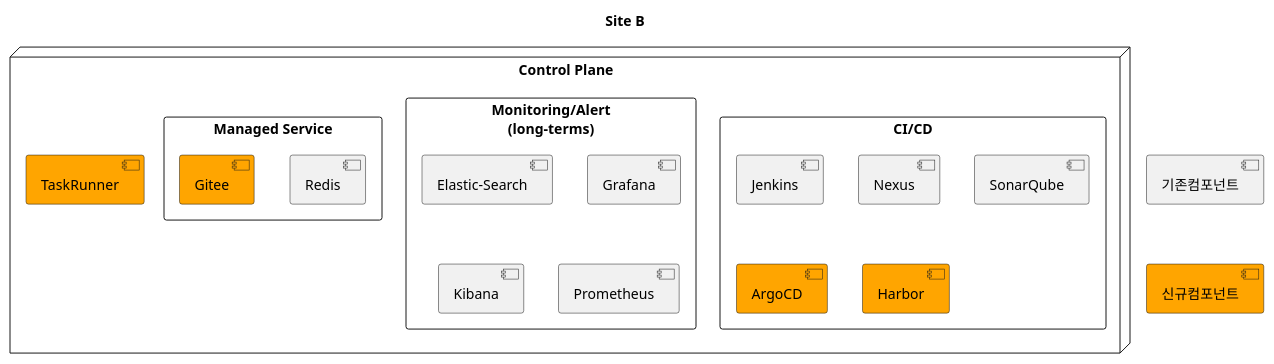
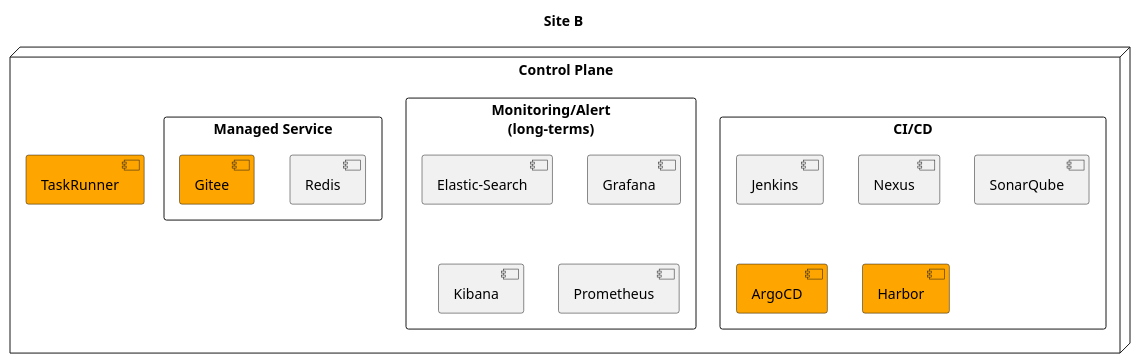
One commit to kloudbank/htdp1.github.io changed the second of 7 diagrams in docs/src/multi-cloud/diagram.md. Above: the diagram before and after it, drawn with PlantUML.

Commit message:
add multicloud

```diff
--- a/docs/src/multi-cloud/diagram.md
+++ b/docs/src/multi-cloud/diagram.md
@@ -37,30 +37,26 @@
 @startuml
 
 title "Site B"
-
-[기존컴포넌트] as old
-[신규컴포넌트] as new #orange
-old -[hidden]d-> new
 
 node "Control Plane" as bcp {
     rectangle "CI/CD" as bcp_cicd {
         [Jenkins] as bcp_cicd_jenkins
         [Nexus] as bcp_cicd_nexus
         [SonarQube] as bcp_cicd_sonarqube
         [ArgoCD] as bcp_cicd_argocd #orange
         [Harbor] as bcp_cicd_harbor #orange
     }
     rectangle "Monitoring/Alert\n(long-terms)" as bcp_mon {
         [Elastic-Search] as bcp_mon_elk
         [Grafana] as bcp_mon_grafana
         [Kibana] as bcp_mon_kibana
         [Prometheus] as bcp_mon_prometheus
     }
     rectangle "Managed Service" as bcp_mananged {
         [Redis] as bcp_mananged_redis
         [Gitee] as bcp_mananged_gitee #orange
     }
     [TaskRunner] as bcp_cicd_taskruuner #orange
 }
 
 @enduml
```
